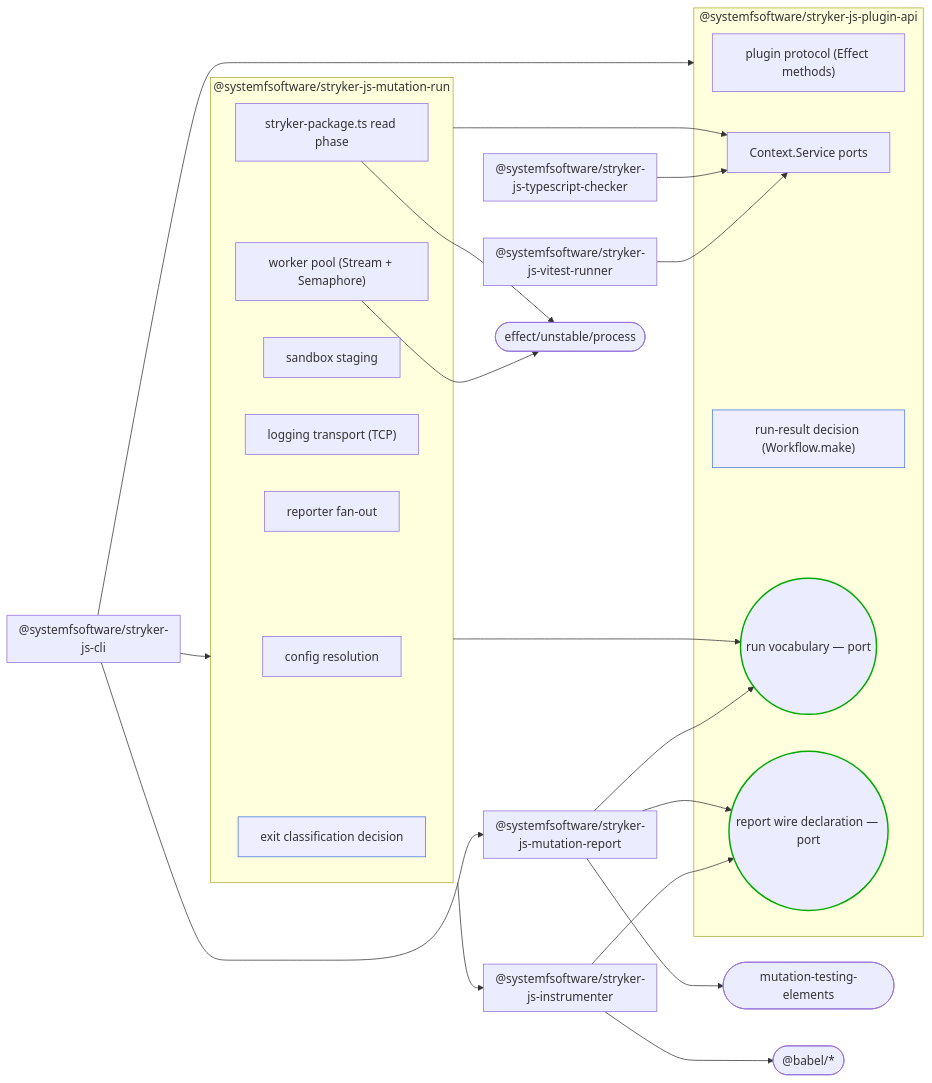
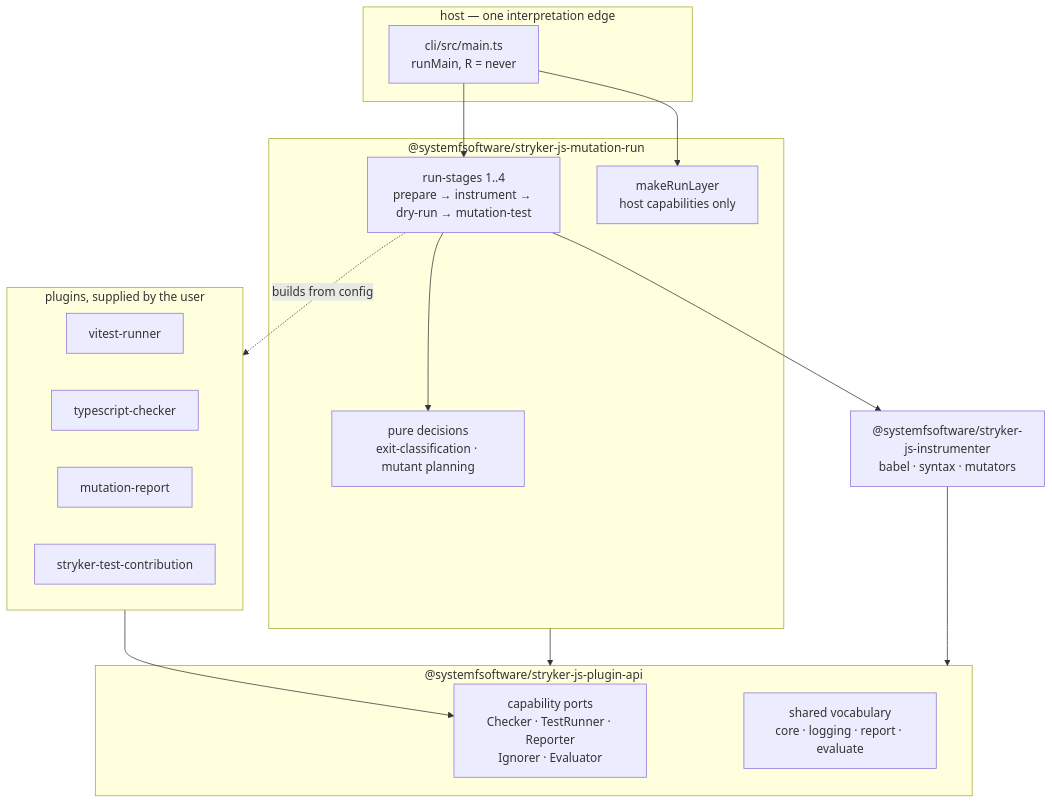
Before and after one commit to systemfsoftware/systemfsoftware: the diagram in docs/audits/stryker-js-architecture-conformance.md, drawn with Mermaid. The commit also changed other lines of this file and 277 other files, not shown here.

First line of the commit message:
refactor(global)!: restructure the stryker mutation subsystem onto Effect

````diff
--- a/docs/audits/stryker-js-architecture-conformance.md
+++ b/docs/audits/stryker-js-architecture-conformance.md
@@ -290,59 +235,31 @@
 ```mermaid
-graph LR
-    subgraph PAPI["@systemfsoftware/stryker-js-plugin-api"]
-        PROTO["plugin protocol (Effect methods)"]
-        TOKENS["Context.Service ports"]
-        HELPERS["run-result decision (Workflow.make)"]
-        VOCAB(("run vocabulary — port"))
-        WIRE(("report wire declaration — port"))
-    end
-    subgraph RUN["@systemfsoftware/stryker-js-mutation-run"]
-        CFG["config resolution"]
-        POOL["worker pool (Stream + Semaphore)"]
-        SBX["sandbox staging"]
-        LOG["logging transport (TCP)"]
-        REP["reporter fan-out"]
-        PKGREAD["stryker-package.ts read phase"]
-        EXITSET["exit classification decision"]
-    end
-    subgraph INST["@systemfsoftware/stryker-js-instrumenter"]
-    end
-    subgraph VITEST["@systemfsoftware/stryker-js-vitest-runner"]
-    end
-    subgraph TSC["@systemfsoftware/stryker-js-typescript-checker"]
-    end
-    subgraph MREP["@systemfsoftware/stryker-js-mutation-report"]
-    end
-    subgraph CLI["@systemfsoftware/stryker-js-cli"]
-    end
-    INST@{ view: collapsed }
-    VITEST@{ view: collapsed }
-    TSC@{ view: collapsed }
-    MREP@{ view: collapsed }
-    CLI@{ view: collapsed }
+flowchart TB
+  subgraph host["host — one interpretation edge"]
+    main["cli/src/main.ts<br/>runMain, R = never"]
+  end
+  subgraph contract["@systemfsoftware/stryker-js-plugin-api"]
+    ports["capability ports<br/>Checker · TestRunner · Reporter<br/>Ignorer · Evaluator"]
+    vocab["shared vocabulary<br/>core · logging · report · evaluate"]
+  end
+  subgraph engine["@systemfsoftware/stryker-js-mutation-run"]
+    stages["run-stages 1..4<br/>prepare → instrument → dry-run → mutation-test"]
+    runlayer["makeRunLayer<br/>host capabilities only"]
+    pure["pure decisions<br/>exit-classification · mutant planning"]
+  end
+  subgraph plugins["plugins, supplied by the user"]
+    vitest["vitest-runner"]
+    tsc["typescript-checker"]
+    report["mutation-report"]
+    gate["stryker-test-contribution"]
+  end
+  instr["@systemfsoftware/stryker-js-instrumenter<br/>babel · syntax · mutators"]
 
-    PROC(["effect/unstable/process"])
-    MTORG(["mutation-testing-elements"])
-    BABEL(["@babel/*"])
-
-    CLI --> RUN
-    CLI --> MREP
-    CLI --> PAPI
-    RUN --> INST
-    RUN --> VOCAB
-    RUN --> TOKENS
-    INST --> WIRE
-    VITEST --> TOKENS
-    TSC --> TOKENS
-    MREP --> VOCAB
-    MREP --> WIRE
-    POOL --> PROC
-    PKGREAD --> PROC
-    INST --> BABEL
-    MREP --> MTORG
-
-    classDef filling fill:#eef,stroke:#47d
-    classDef added stroke:#0a0,stroke-width:2px
-    class HELPERS,EXITSET filling
-    class VOCAB,WIRE added
+  main --> stages
+  main --> runlayer
+  stages --> instr
+  stages --> pure
+  stages -.->|"builds from config"| plugins
+  plugins --> ports
+  engine --> contract
+  instr --> contract
 ```
````
